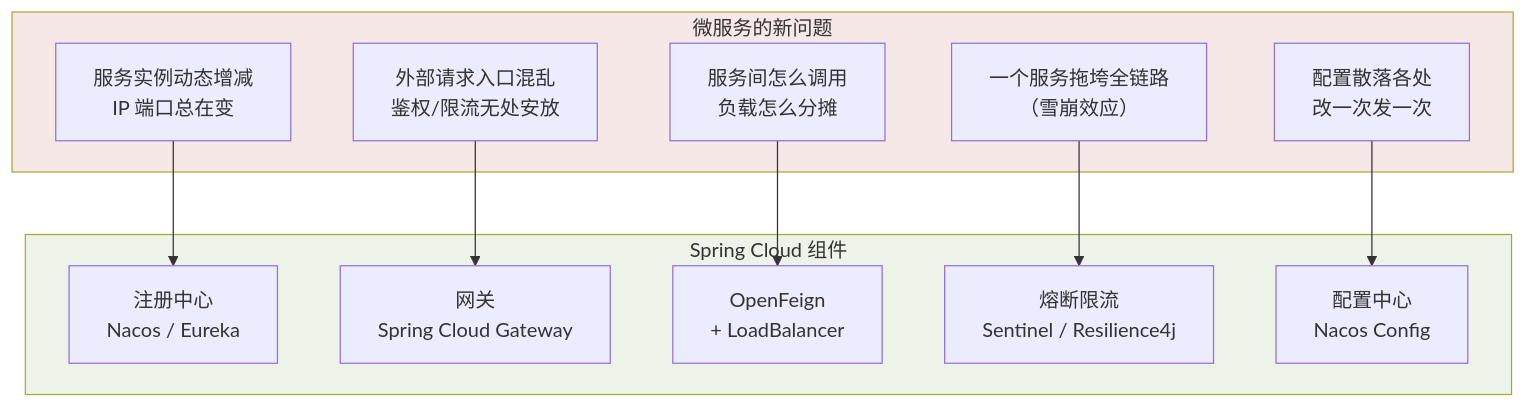
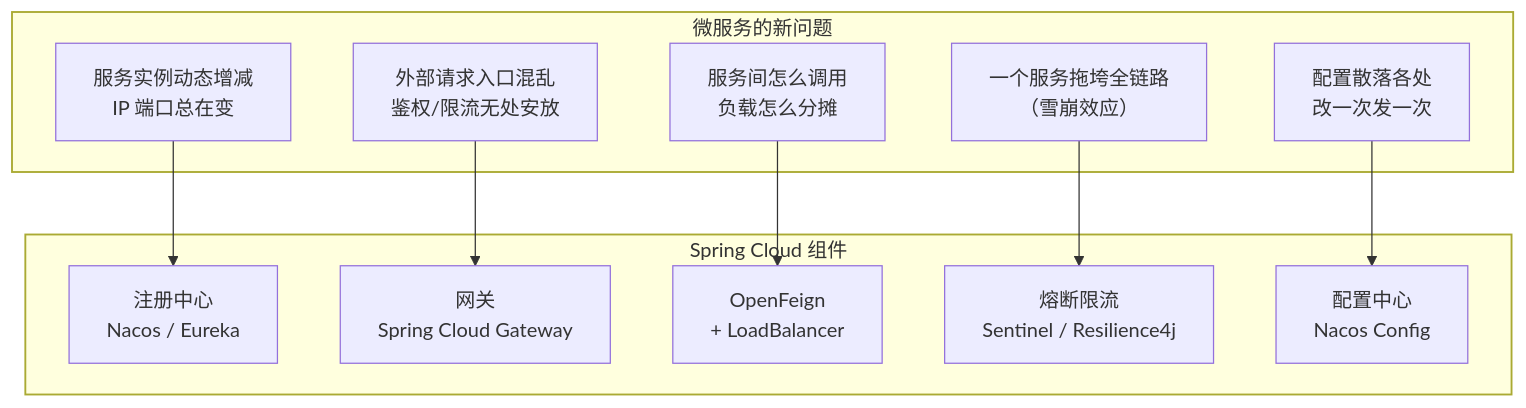
Before and after one commit to Loadhao/ascension: the first of 2 diagrams in src/content/docs/java/advanced/springcloud/01-microservices-overview.md, drawn with Mermaid. The commit also changed other lines of this file and 87 other files, not shown here.

First line of the commit message:
fix: 全站图表配色改由主题接管，修复暗色主题下浅底浅字看不清

````diff
--- a/src/content/docs/java/advanced/springcloud/01-microservices-overview.md
+++ b/src/content/docs/java/advanced/springcloud/01-microservices-overview.md
@@ -25,25 +25,27 @@
 ```mermaid
 flowchart TB
     subgraph PROBLEMS["微服务的新问题"]
         P1["服务实例动态增减<br/>IP 端口总在变"]
         P2["外部请求入口混乱<br/>鉴权/限流无处安放"]
         P3["服务间怎么调用<br/>负载怎么分摊"]
         P4["一个服务拖垮全链路<br/>（雪崩效应）"]
         P5["配置散落各处<br/>改一次发一次"]
     end
     subgraph SC["Spring Cloud 组件"]
         C1["注册中心<br/>Nacos / Eureka"]
         C2["网关<br/>Spring Cloud Gateway"]
         C3["OpenFeign<br/>+ LoadBalancer"]
         C4["熔断限流<br/>Sentinel / Resilience4j"]
         C5["配置中心<br/>Nacos Config"]
     end
     P1 --> C1
     P2 --> C2
     P3 --> C3
     P4 --> C4
     P5 --> C5
 
-    style PROBLEMS fill:#f7e8e8
-    style SC fill:#eef3ea
+    class PROBLEMS bad
+    class SC good
+    classDef bad stroke-width:1.5px
+    classDef good stroke-width:1.5px
 ```
````
